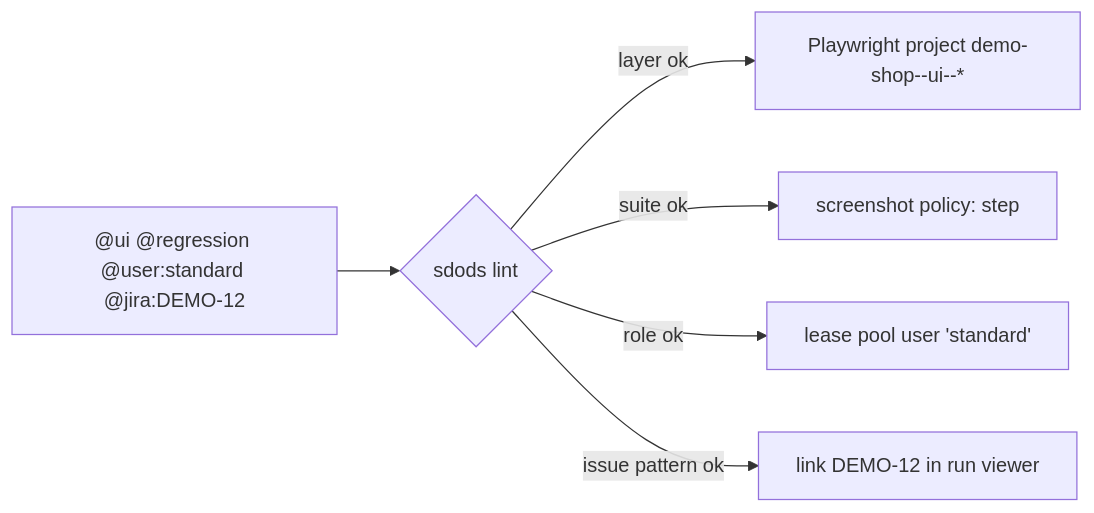
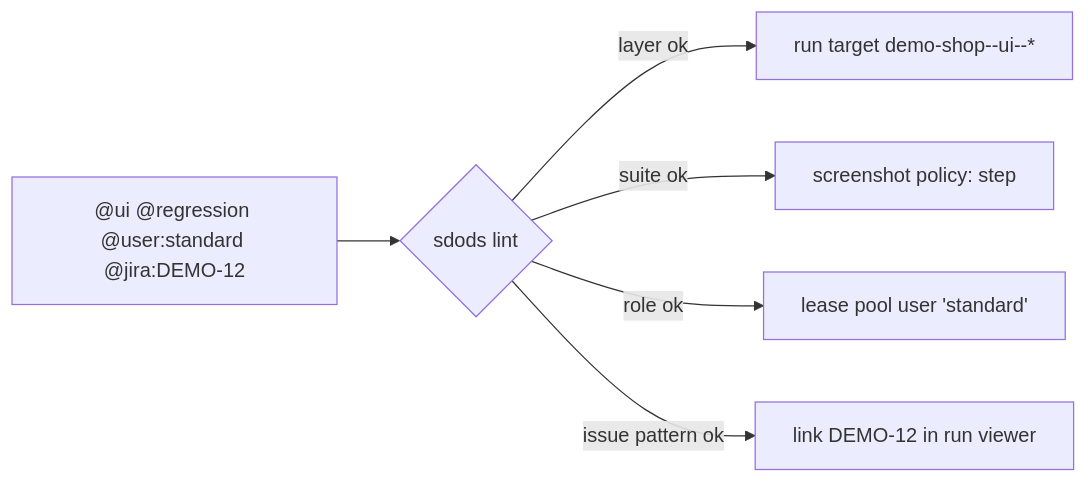
Before and after one commit to YarlisAISolutions/SDODS: the diagram in apps/docs/content/docs/guides/tags-and-suites.mdx, drawn with Mermaid. The commit also changed other lines of this file and 123 other files, not shown here.

First line of the commit message:
Engine-neutral naming: identifiers, paths, schema, docs and CLI

````diff
--- a/apps/docs/content/docs/guides/tags-and-suites.mdx
+++ b/apps/docs/content/docs/guides/tags-and-suites.mdx
@@ -28,8 +28,8 @@
 ```mermaid
 flowchart LR
   T["@ui @regression @user:standard @jira:DEMO-12"] --> L{"sdods lint"}
-  L -->|layer ok| P["Playwright project demo-shop--ui--*"]
+  L -->|layer ok| P["run target demo-shop--ui--*"]
   L -->|suite ok| S["screenshot policy: step"]
   L -->|role ok| U["lease pool user 'standard'"]
   L -->|issue pattern ok| J["link DEMO-12 in run viewer"]
 ```
````
